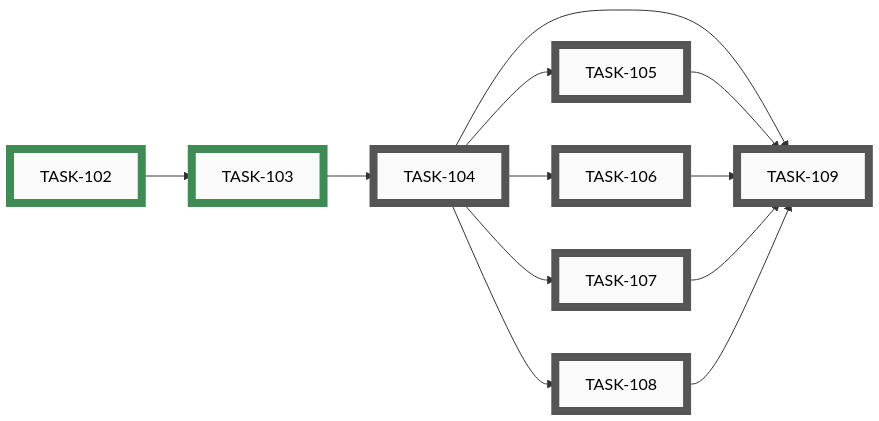
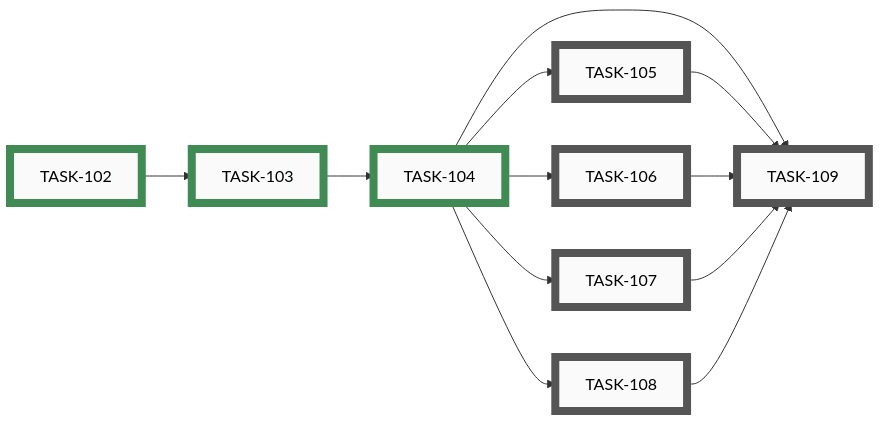
Diagram 13 of 15 in docs/developers/tasks/EPICS.md (tgd1975/CircuitSmith), drawn with Mermaid before and after one commit. The commit also changed other lines of this file and 11 other files, not shown here.

First line of the commit message:
close TASK-104: canonical voice note + concept-stage drift fixes

````diff
--- a/docs/developers/tasks/EPICS.md
+++ b/docs/developers/tasks/EPICS.md
@@ -787,38 +787,38 @@
 ```mermaid
 graph LR
-    TASK_104["TASK-104"]:::open
     TASK_105["TASK-105"]:::open
     TASK_106["TASK-106"]:::open
     TASK_107["TASK-107"]:::open
     TASK_108["TASK-108"]:::open
     TASK_109["TASK-109"]:::open
     TASK_102["TASK-102"]:::closed
     TASK_103["TASK-103"]:::closed
-    TASK_103 --> TASK_104
+    TASK_104["TASK-104"]:::closed
     TASK_104 --> TASK_105
     TASK_104 --> TASK_106
     TASK_104 --> TASK_107
     TASK_104 --> TASK_108
     TASK_104 --> TASK_109
     TASK_105 --> TASK_109
     TASK_106 --> TASK_109
     TASK_107 --> TASK_109
     TASK_108 --> TASK_109
     TASK_102 --> TASK_103
-    click TASK_104 "open/task-104-voice-unification-rewrite.md"
+    TASK_103 --> TASK_104
     click TASK_105 "open/task-105-cross-reference-audit.md"
     click TASK_106 "open/task-106-tutorial-alignment-with-epic-012.md"
     click TASK_107 "open/task-107-test-plan-alignment-with-epic-011.md"
     click TASK_108 "open/task-108-annotate-idea-001-dossier.md"
     click TASK_109 "open/task-109-final-pass-readme-and-entry-points.md"
     click TASK_102 "closed/task-102-inventory-all-markdown-docs.md"
     click TASK_103 "closed/task-103-drift-sweep-stale-claims.md"
+    click TASK_104 "closed/task-104-voice-unification-rewrite.md"
     classDef open    fill:#FAFAFA,stroke:#555,stroke-width:8px,color:#000
     classDef active  fill:#FAFAFA,stroke:#1A6FA8,stroke-width:8px,color:#000
     classDef closed  fill:#FAFAFA,stroke:#3F8B53,stroke-width:8px,color:#000
     classDef paused  fill:#FAFAFA,stroke:#B07810,stroke-width:8px,color:#000
     classDef openExt    fill:#000,stroke:#888,stroke-width:8px,color:#FFF
     classDef activeExt  fill:#000,stroke:#3FA9F5,stroke-width:8px,color:#FFF
     classDef closedExt  fill:#000,stroke:#7CC68A,stroke-width:8px,color:#FFF
     classDef pausedExt  fill:#000,stroke:#F0B030,stroke-width:8px,color:#FFF
 ```
````
